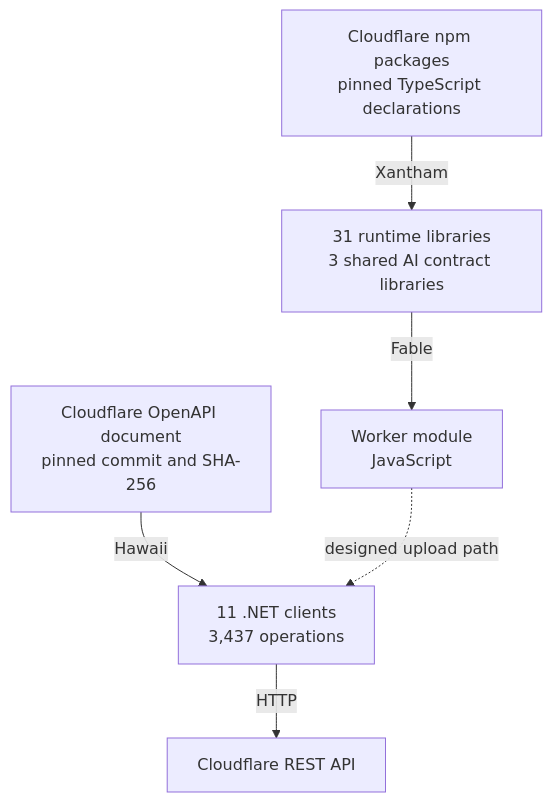
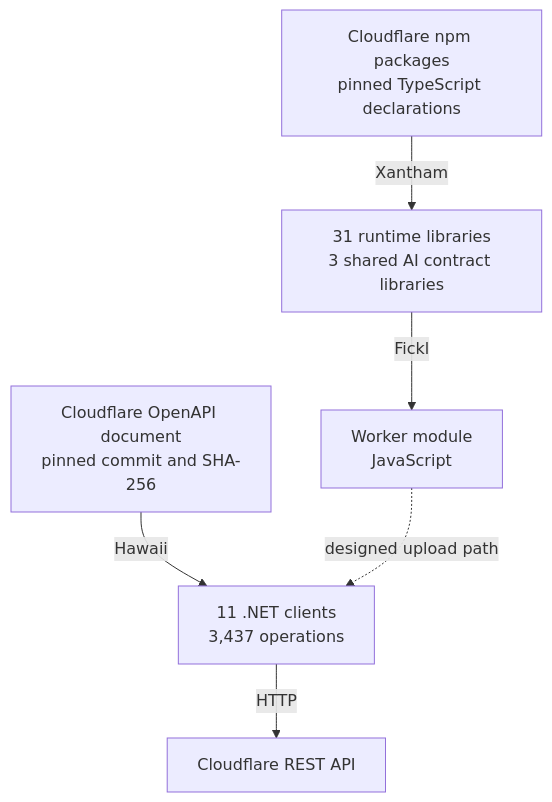
The diagram in README.md (fsprojects/FSharp.CloudEdge), drawn with Mermaid before and after one commit. The commit also changed other lines of this file and 147 other files, not shown here.

````diff
--- a/README.md
+++ b/README.md
@@ -29,8 +29,8 @@
 ```mermaid
 flowchart TD
     npm["Cloudflare npm packages<br/>pinned TypeScript declarations"] -->|Xantham| runtime["31 runtime libraries<br/>3 shared AI contract libraries"]
-    runtime -->|Fable| worker["Worker module<br/>JavaScript"]
+    runtime -->|Fickl| worker["Worker module<br/>JavaScript"]
     openapi["Cloudflare OpenAPI document<br/>pinned commit and SHA-256"] -->|Hawaii| clients["11 .NET clients<br/>3,437 operations"]
     clients -->|HTTP| api["Cloudflare REST API"]
     worker -.->|designed upload path| clients
 ```
````
